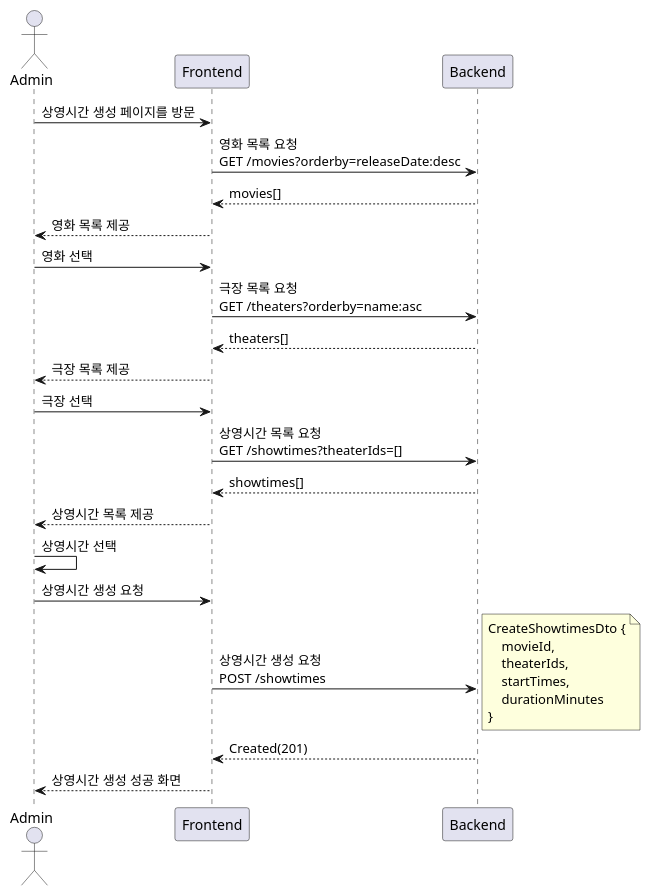
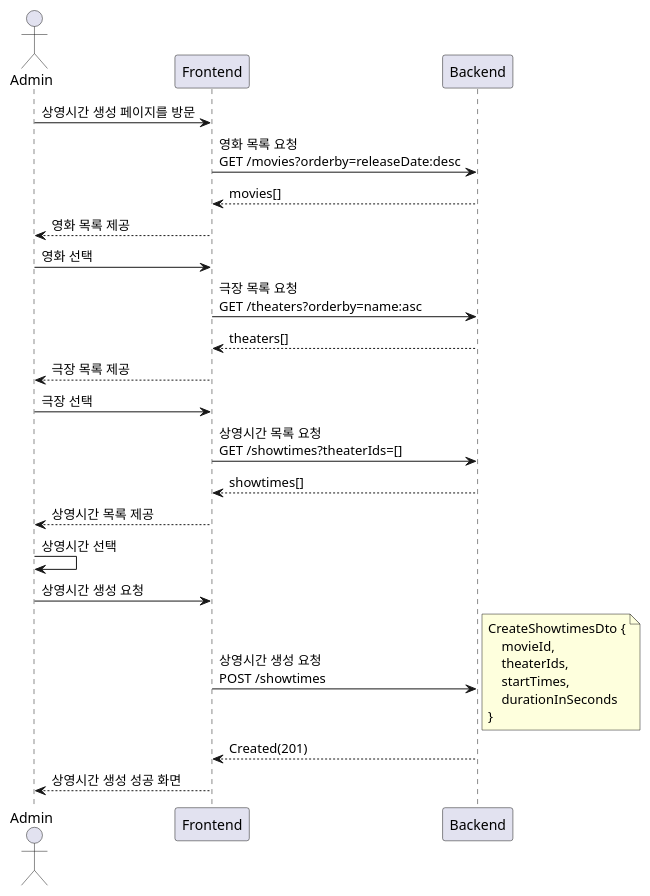
One commit to mannercode/mannercode.github.io changed the sixth of 14 diagrams in _posts/2025-05-01-backend-design-2.md. Above: the diagram before and after it, drawn with PlantUML. The commit also changed other lines of this file and 122 other files, not shown here.

First line of the commit message:
Add UML diagrams for Showtime Creation workflow

```diff
--- a/_posts/2025-05-01-backend-design-2.md
+++ b/_posts/2025-05-01-backend-design-2.md
@@ -241,35 +241,35 @@
 {% plantuml %}
 @startuml
 actor Admin
 
 Admin -> Frontend: 상영시간 생성 페이지를 방문
     Frontend -> Backend:영화 목록 요청\nGET /movies?orderby=releaseDate:desc
     Frontend <-- Backend: movies[]
 Admin <-- Frontend: 영화 목록 제공
 
 Admin -> Frontend: 영화 선택
     Frontend -> Backend:극장 목록 요청\nGET /theaters?orderby=name:asc
     Frontend <-- Backend: theaters[]
 Admin <-- Frontend: 극장 목록 제공
 
 Admin -> Frontend: 극장 선택
     Frontend -> Backend: 상영시간 목록 요청\nGET /showtimes?theaterIds=[]
     Frontend <-- Backend: showtimes[]
 Admin <-- Frontend: 상영시간 목록 제공
 
 Admin -> Admin: 상영시간 선택
 
 Admin -> Frontend: 상영시간 생성 요청
     Frontend -> Backend: 상영시간 생성 요청\nPOST /showtimes
         note right
         CreateShowtimesDto {
             movieId,
             theaterIds,
             startTimes,
-            durationMinutes
+            durationInSeconds
         }
         end note
     Frontend <-- Backend: Created(201)
 Admin <-- Frontend: 상영시간 생성 성공 화면
 @enduml
 {% endplantuml %}
```
